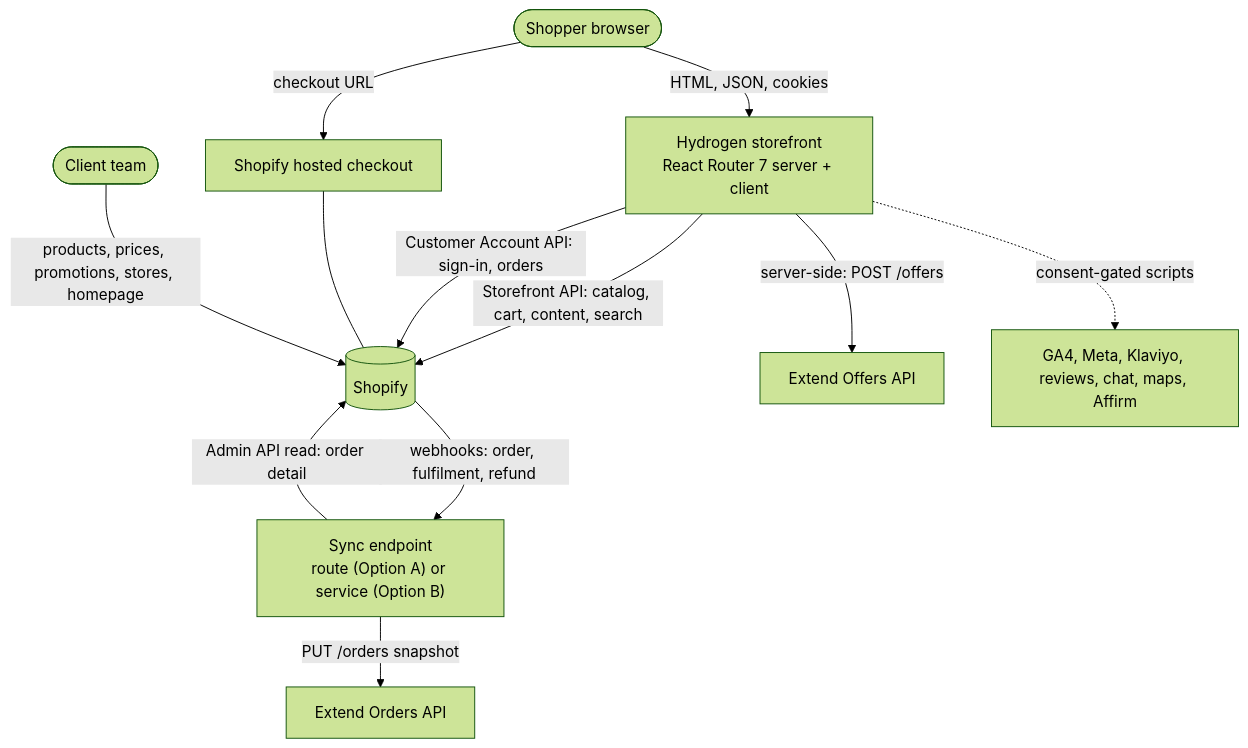
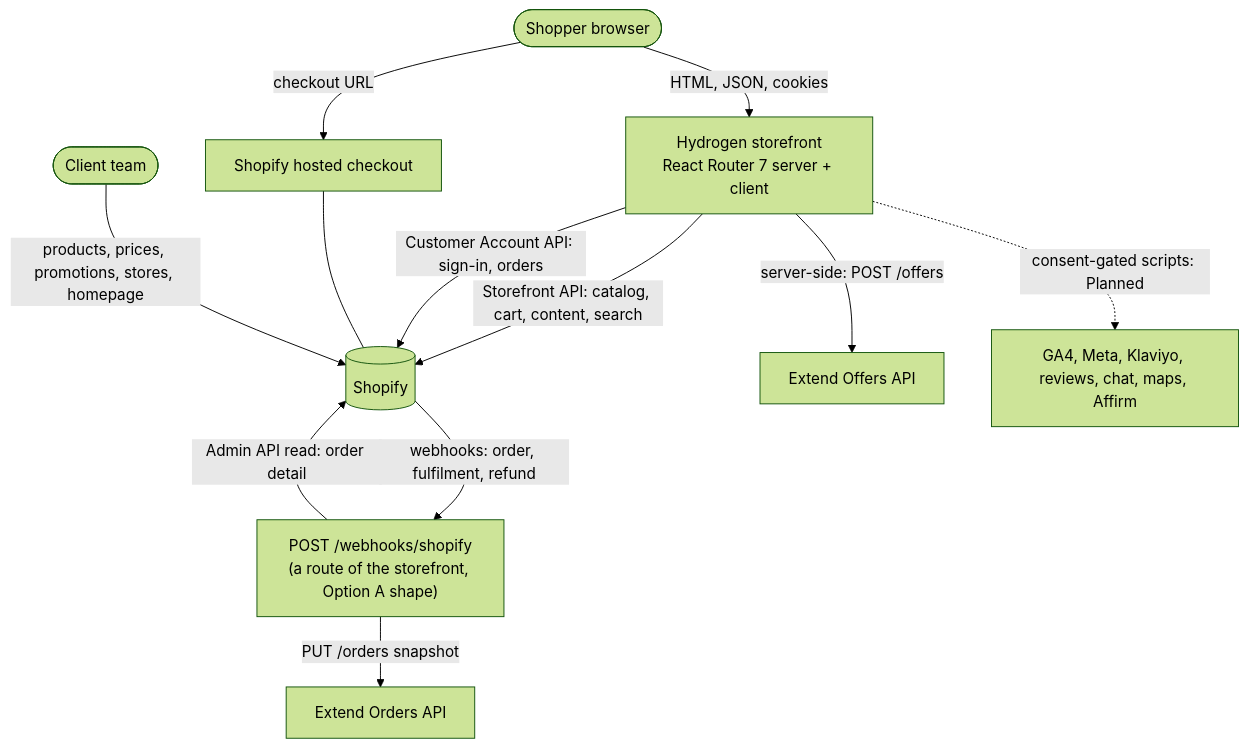
The first of 2 diagrams in docs/architecture/ARCHITECTURE.md (ShubhamDhimanDev/mattress-fitness), drawn with Mermaid (forest theme) before and after one commit. The commit also changed other lines of this file and 17 other files, not shown here.

First line of the commit message:
docs: architecture, integration, research and ADR documents brought in line with the code (as-built sections, F-45..F-47, V-27, V-28)

````diff
--- a/docs/architecture/ARCHITECTURE.md
+++ b/docs/architecture/ARCHITECTURE.md
@@ -7,14 +9,14 @@
 ```mermaid
 flowchart TB
   Shopper([Shopper browser]) -->|HTML, JSON, cookies| SF[Hydrogen storefront<br/>React Router 7 server + client]
   SF -->|Storefront API: catalog, cart, content, search| SH[(Shopify)]
   SF -->|Customer Account API: sign-in, orders| SH
   Shopper -->|checkout URL| CO[Shopify hosted checkout]
   CO --- SH
   SF -->|server-side: POST /offers| EXT[Extend Offers API]
-  SH -->|webhooks: order, fulfilment, refund| WH["Sync endpoint<br/>route (Option A) or service (Option B)"]
+  SH -->|webhooks: order, fulfilment, refund| WH["POST /webhooks/shopify<br/>(a route of the storefront, Option A shape)"]
   WH -->|PUT /orders snapshot| EXT2[Extend Orders API]
   WH -->|Admin API read: order detail| SH
   Admin([Client team]) -->|products, prices, promotions, stores, homepage| SH
-  SF -.->|consent-gated scripts| TP["GA4, Meta, Klaviyo, reviews, chat, maps, Affirm"]
+  SF -.->|consent-gated scripts: Planned| TP["GA4, Meta, Klaviyo, reviews, chat, maps, Affirm"]
 ```
````
